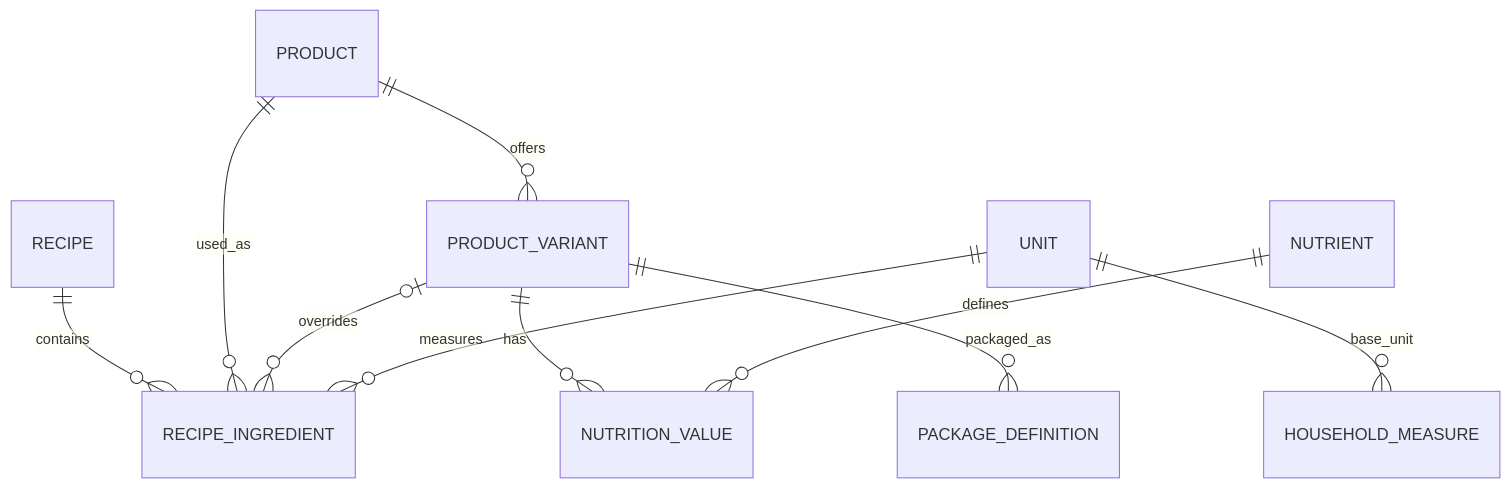
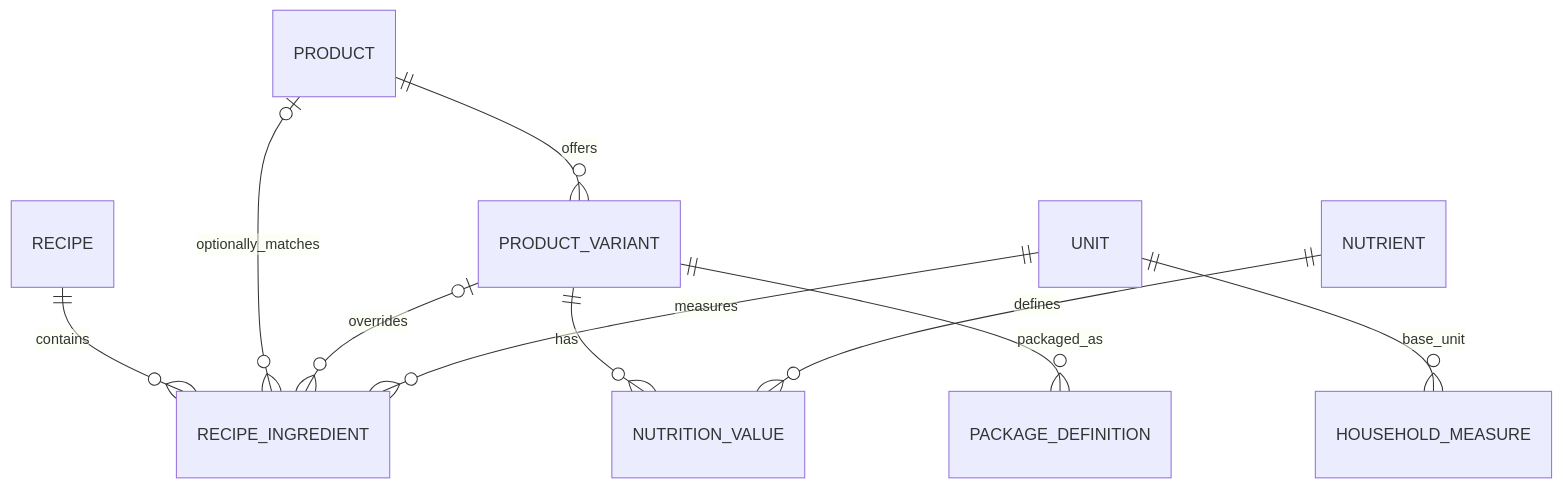
One commit to michalbednarczyk1993/Przepisy changed the second of 2 diagrams in docs/architecture/data-model.md. Above: the diagram before and after it, drawn with Mermaid. The commit also changed other lines of this file and 9 other files, not shown here.

````diff
--- a/docs/architecture/data-model.md
+++ b/docs/architecture/data-model.md
@@ -32,12 +32,12 @@
 ```mermaid
 erDiagram
     RECIPE ||--o{ RECIPE_INGREDIENT : contains
     PRODUCT ||--o{ PRODUCT_VARIANT : offers
-    PRODUCT ||--o{ RECIPE_INGREDIENT : used_as
+    PRODUCT o|--o{ RECIPE_INGREDIENT : optionally_matches
     PRODUCT_VARIANT o|--o{ RECIPE_INGREDIENT : overrides
     UNIT ||--o{ RECIPE_INGREDIENT : measures
     PRODUCT_VARIANT ||--o{ NUTRITION_VALUE : has
     NUTRIENT ||--o{ NUTRITION_VALUE : defines
     UNIT ||--o{ HOUSEHOLD_MEASURE : base_unit
     PRODUCT_VARIANT ||--o{ PACKAGE_DEFINITION : packaged_as
 ```
````
